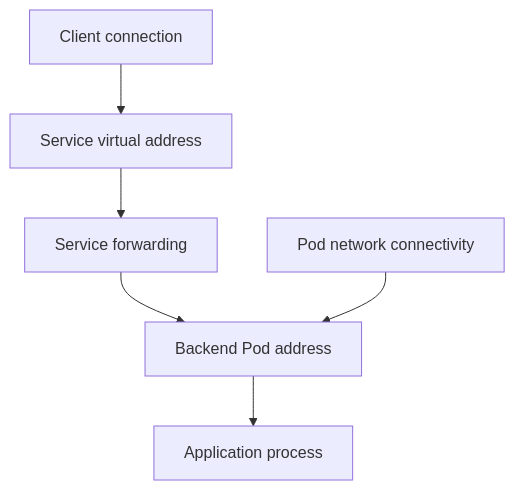
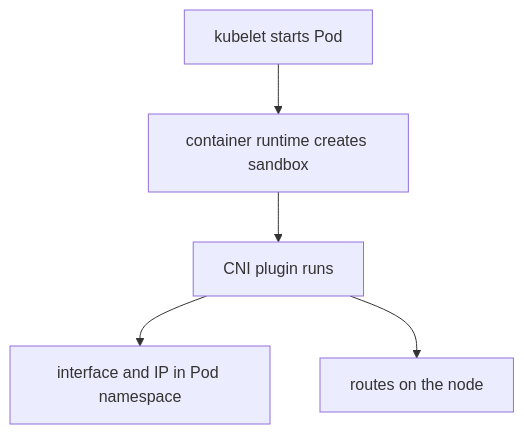
One commit to astrona-io/ATS026 changed the diagram in sections/section-010/module-01/course-01-pod-addresses-and-network-implementation.md. Above: the diagram before and after it, drawn with Mermaid. The commit also changed other lines of this file and 379 other files, not shown here.

````diff
--- a/sections/section-010/module-01/course-01-pod-addresses-and-network-implementation.md
+++ b/sections/section-010/module-01/course-01-pod-addresses-and-network-implementation.md
@@ -62,8 +63,7 @@
 ```mermaid
 flowchart TB
-    C["Client connection"] --> S["Service virtual address"]
-    S --> F["Service forwarding"]
-    F --> P["Backend Pod address"]
-    N["Pod network connectivity"] --> P
-    P --> A["Application process"]
+    K["kubelet starts Pod"] --> R["container runtime creates sandbox"]
+    R --> C["CNI plugin runs"]
+    C --> I["interface and IP in Pod namespace"]
+    C --> T["routes on the node"]
 ```
````
